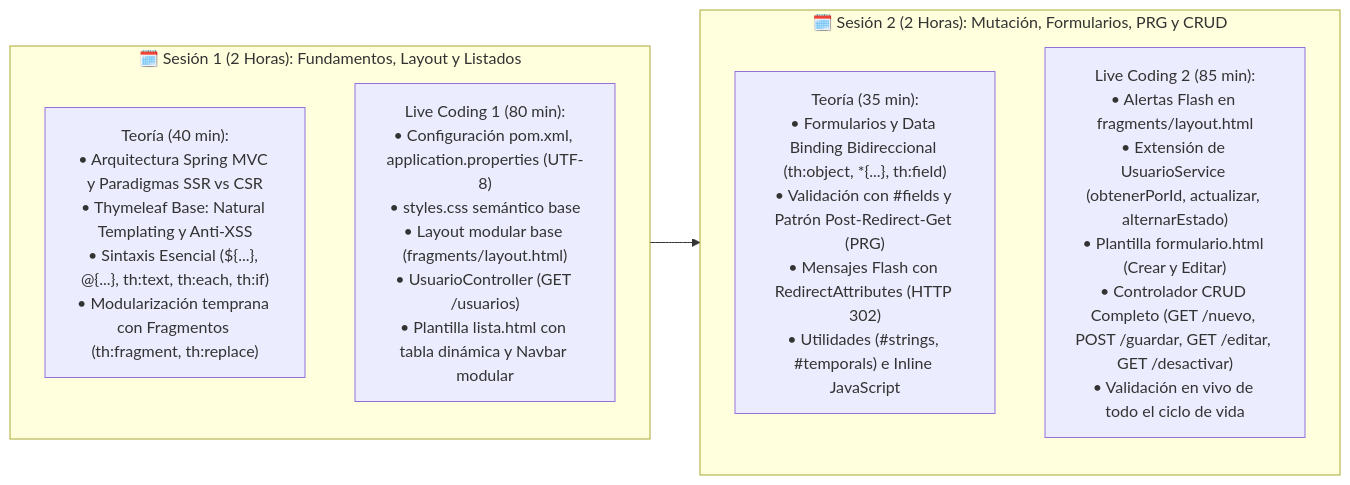
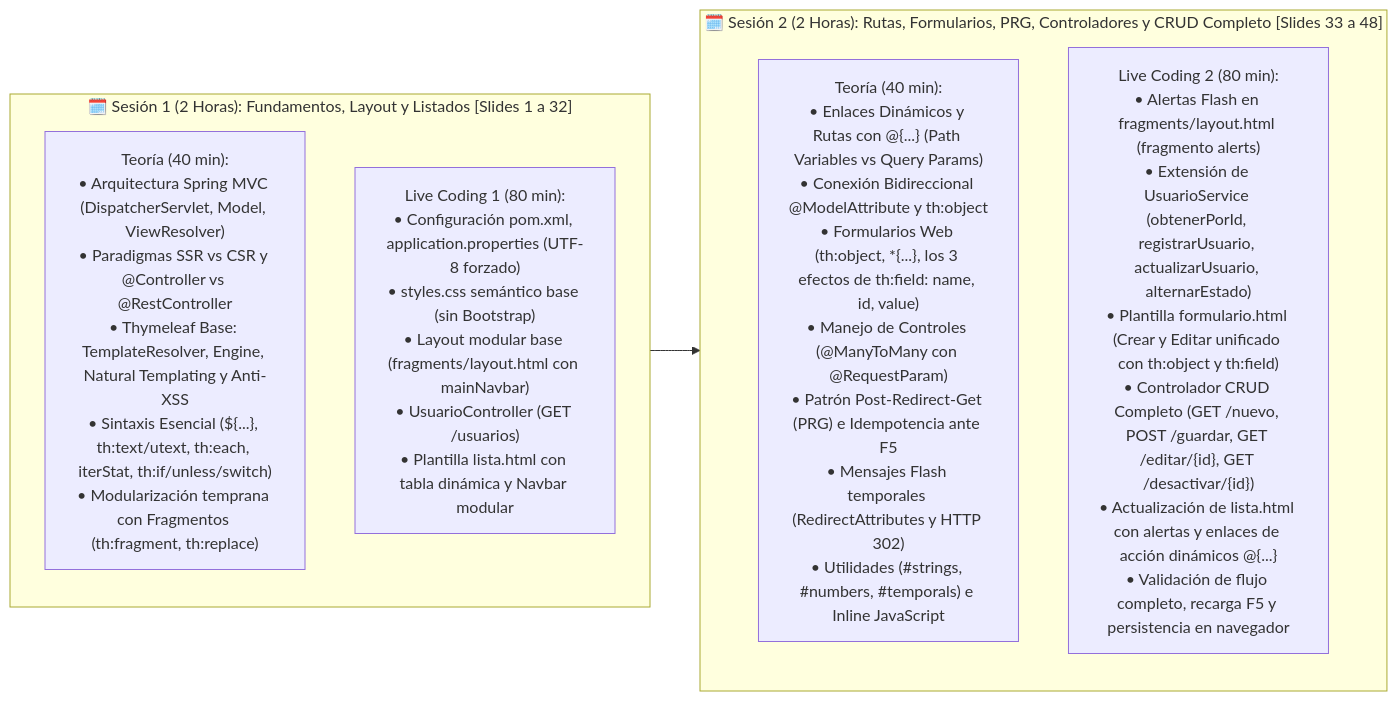
One commit to alejandropenaranda/Compunet2-202620 changed the diagram in implementationPlan_thymeleaf.md. Above: the diagram before and after it, drawn with Mermaid. The commit also changed other lines of this file and 4 other files, not shown here.

````diff
--- a/implementationPlan_thymeleaf.md
+++ b/implementationPlan_thymeleaf.md
@@ -9,16 +9,16 @@
 ```mermaid
 flowchart LR
-    subgraph S1["🗓️ Sesión 1 (2 Horas): Fundamentos, Layout y Listados"]
+    subgraph S1["🗓️ Sesión 1 (2 Horas): Fundamentos, Layout y Listados [Slides 1 a 32]"]
         direction TB
-        T1["Teoría (40 min):<br/>• Arquitectura Spring MVC y Paradigmas SSR vs CSR<br/>• Thymeleaf Base: Natural Templating y Anti-XSS<br/>• Sintaxis Esencial (${...}, @{...}, th:text, th:each, th:if)<br/>• Modularización temprana con Fragmentos (th:fragment, th:replace)"]
-        L1["Live Coding 1 (80 min):<br/>• Configuración pom.xml, application.properties (UTF-8)<br/>• styles.css semántico base<br/>• Layout modular base (fragments/layout.html)<br/>• UsuarioController (GET /usuarios)<br/>• Plantilla lista.html con tabla dinámica y Navbar modular"]
+        T1["Teoría (40 min):<br/>• Arquitectura Spring MVC (DispatcherServlet, Model, ViewResolver)<br/>• Paradigmas SSR vs CSR y @Controller vs @RestController<br/>• Thymeleaf Base: TemplateResolver, Engine, Natural Templating y Anti-XSS<br/>• Sintaxis Esencial (${...}, th:text/utext, th:each, iterStat, th:if/unless/switch)<br/>• Modularización temprana con Fragmentos (th:fragment, th:replace)"]
+        L1["Live Coding 1 (80 min):<br/>• Configuración pom.xml, application.properties (UTF-8 forzado)<br/>• styles.css semántico base (sin Bootstrap)<br/>• Layout modular base (fragments/layout.html con mainNavbar)<br/>• UsuarioController (GET /usuarios)<br/>• Plantilla lista.html con tabla dinámica y Navbar modular"]
     end
 
-    subgraph S2["🗓️ Sesión 2 (2 Horas): Mutación, Formularios, PRG y CRUD"]
+    subgraph S2["🗓️ Sesión 2 (2 Horas): Rutas, Formularios, PRG, Controladores y CRUD Completo [Slides 33 a 48]"]
         direction TB
-        T2["Teoría (35 min):<br/>• Formularios y Data Binding Bidireccional (th:object, *{...}, th:field)<br/>• Validación con #fields y Patrón Post-Redirect-Get (PRG)<br/>• Mensajes Flash con RedirectAttributes (HTTP 302)<br/>• Utilidades (#strings, #temporals) e Inline JavaScript"]
-        L2["Live Coding 2 (85 min):<br/>• Alertas Flash en fragments/layout.html<br/>• Extensión de UsuarioService (obtenerPorId, actualizar, alternarEstado)<br/>• Plantilla formulario.html (Crear y Editar)<br/>• Controlador CRUD Completo (GET /nuevo, POST /guardar, GET /editar, GET /desactivar)<br/>• Validación en vivo de todo el ciclo de vida"]
+        T2["Teoría (40 min):<br/>• Enlaces Dinámicos y Rutas con @{...} (Path Variables vs Query Params)<br/>• Conexión Bidireccional @ModelAttribute y th:object<br/>• Formularios Web (th:object, *{...}, los 3 efectos de th:field: name, id, value)<br/>• Manejo de Controles (@ManyToMany con @RequestParam)<br/>• Patrón Post-Redirect-Get (PRG) e Idempotencia ante F5<br/>• Mensajes Flash temporales (RedirectAttributes y HTTP 302)<br/>• Utilidades (#strings, #numbers, #temporals) e Inline JavaScript"]
+        L2["Live Coding 2 (80 min):<br/>• Alertas Flash en fragments/layout.html (fragmento alerts)<br/>• Extensión de UsuarioService (obtenerPorId, registrarUsuario, actualizarUsuario, alternarEstado)<br/>• Plantilla formulario.html (Crear y Editar unificado con th:object y th:field)<br/>• Controlador CRUD Completo (GET /nuevo, POST /guardar, GET /editar/{id}, GET /desactivar/{id})<br/>• Actualización de lista.html con alertas y enlaces de acción dinámicos @{...}<br/>• Validación de flujo completo, recarga F5 y persistencia en navegador"]
     end
 
     S1 --> S2
 ```
````
